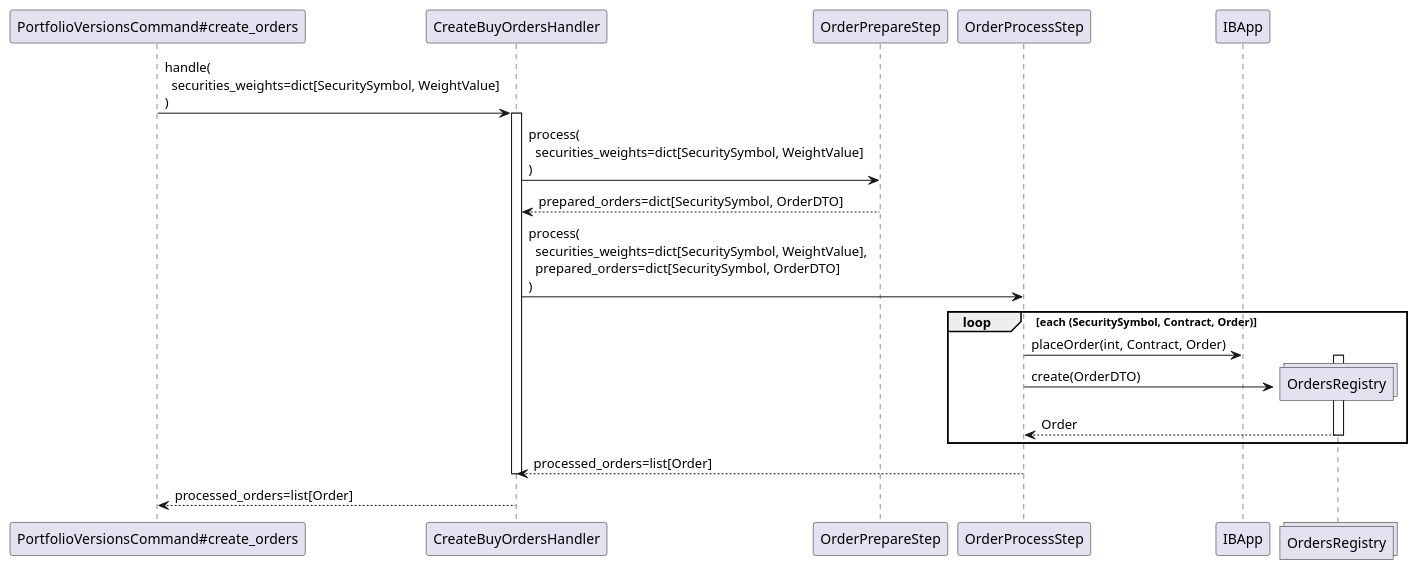
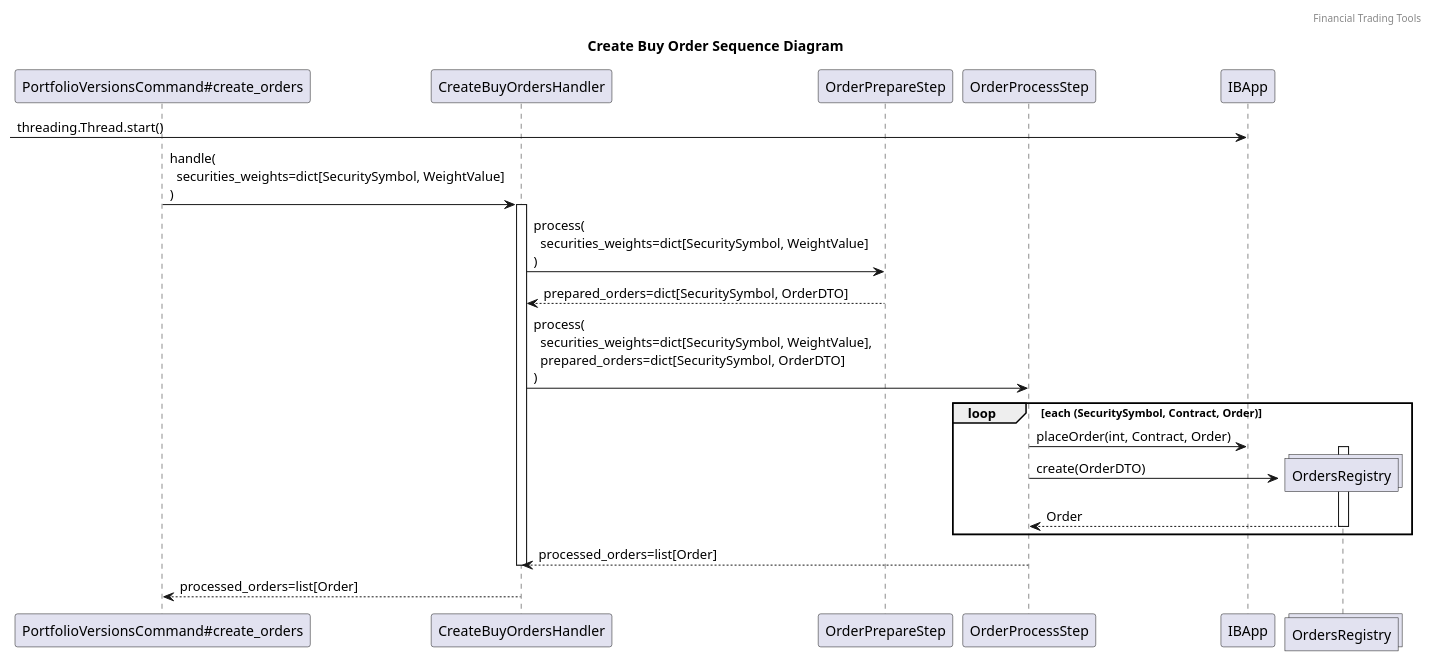
Before and after one commit to ftt-project/ftt: the diagram in docs/create_buy_order.puml, drawn with PlantUML.

Commit message:
Add title and header for CreateBuyOrdersHandler

```diff
--- a/docs/create_buy_order.puml
+++ b/docs/create_buy_order.puml
@@ -1,28 +1,33 @@
 @startuml
+header Financial Trading Tools
+title Create Buy Order Sequence Diagram
+
 participant "PortfolioVersionsCommand#create_orders" as pvcom
 participant CreateBuyOrdersHandler as cbohandl
 participant OrderPrepareStep as oprepstep
 participant OrderProcessStep as cprocstep
 participant IBApp
+
+[-> IBApp : threading.Thread.start()
 
 pvcom -> cbohandl : handle(\n  securities_weights=dict[SecuritySymbol, WeightValue]\n)
 activate cbohandl
 
 cbohandl -> oprepstep : process(\n  securities_weights=dict[SecuritySymbol, WeightValue]\n)
 oprepstep --> cbohandl : prepared_orders=dict[SecuritySymbol, OrderDTO]
 
 cbohandl -> cprocstep : process(\n  securities_weights=dict[SecuritySymbol, WeightValue],\n  prepared_orders=dict[SecuritySymbol, OrderDTO]\n)
 loop each (SecuritySymbol, Contract, Order)
   cprocstep -> IBApp : placeOrder(int, Contract, Order)
   create collections OrdersRegistry
   activate OrdersRegistry
   cprocstep -> OrdersRegistry : create(OrderDTO)
   OrdersRegistry --> cprocstep : Order
   deactivate OrdersRegistry
 end
 cprocstep --> cbohandl : processed_orders=list[Order]
 
 deactivate cbohandl
 
 cbohandl --> pvcom : processed_orders=list[Order]
 @enduml
```
